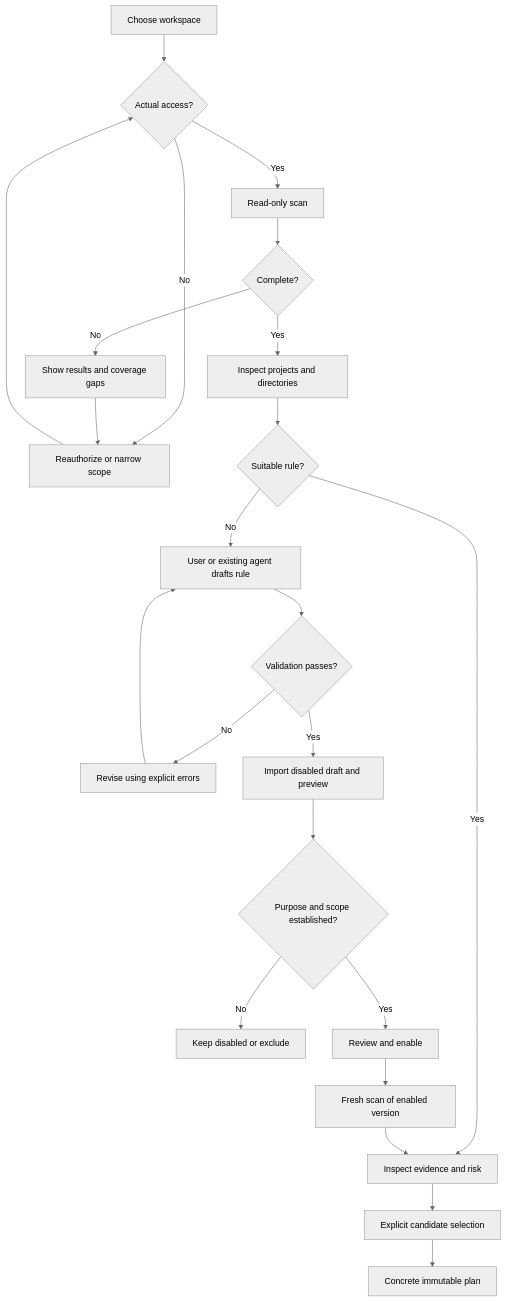
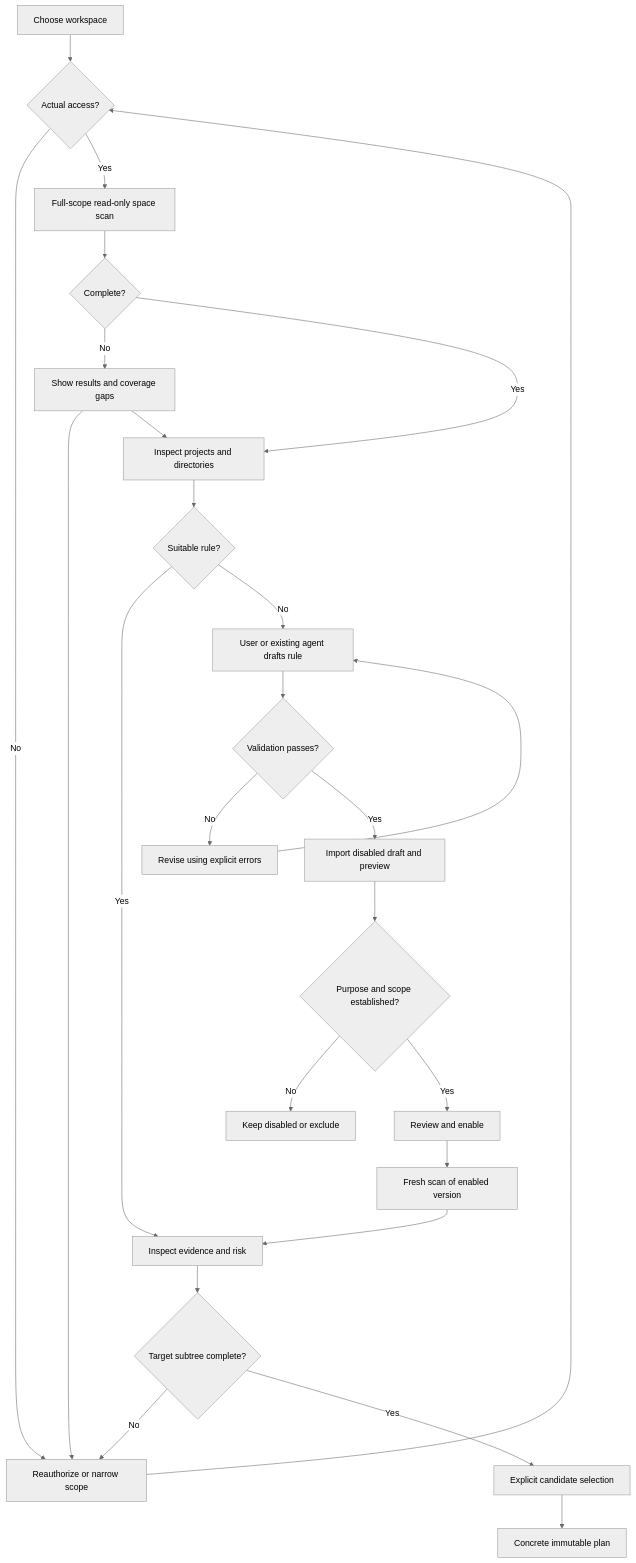
One commit to limecloud/shou changed the second of 7 diagrams in docs/architecture/workflows-and-sequences.md. Above: the diagram before and after it, drawn with Mermaid (neutral theme). The commit also changed other lines of this file and 136 other files, not shown here.

````diff
--- a/docs/architecture/workflows-and-sequences.md
+++ b/docs/architecture/workflows-and-sequences.md
@@ -9,25 +30,28 @@
 ```mermaid
 flowchart TD
     Root[Choose workspace] --> Access{Actual access?}
     Access -->|No| Grant[Reauthorize or narrow scope]
     Grant --> Access
-    Access -->|Yes| Scan[Read-only scan]
+    Access -->|Yes| Scan[Full-scope read-only space scan]
     Scan --> Full{Complete?}
     Full -->|No| Partial[Show results and coverage gaps]
     Partial --> Grant
+    Partial --> Inspect
     Full -->|Yes| Inspect[Inspect projects and directories]
     Inspect --> Known{Suitable rule?}
     Known -->|Yes| Evidence[Inspect evidence and risk]
     Known -->|No| Draft[User or existing agent drafts rule]
     Draft --> Valid{Validation passes?}
     Valid -->|No| Revise[Revise using explicit errors]
     Revise --> Draft
     Valid -->|Yes| Import[Import disabled draft and preview]
     Import --> Review{Purpose and scope established?}
     Review -->|No| Exclude[Keep disabled or exclude]
     Review -->|Yes| Enable[Review and enable]
     Enable --> Rescan[Fresh scan of enabled version]
     Rescan --> Evidence
-    Evidence --> Select[Explicit candidate selection]
+    Evidence --> Target{Target subtree complete?}
+    Target -->|No| Grant
+    Target -->|Yes| Select[Explicit candidate selection]
     Select --> Plan[Concrete immutable plan]
 ```
````
